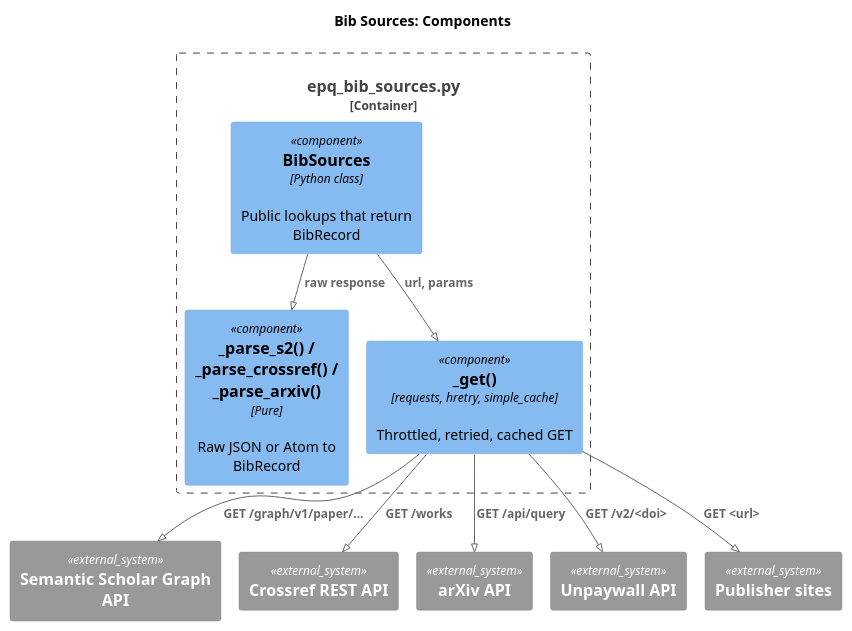
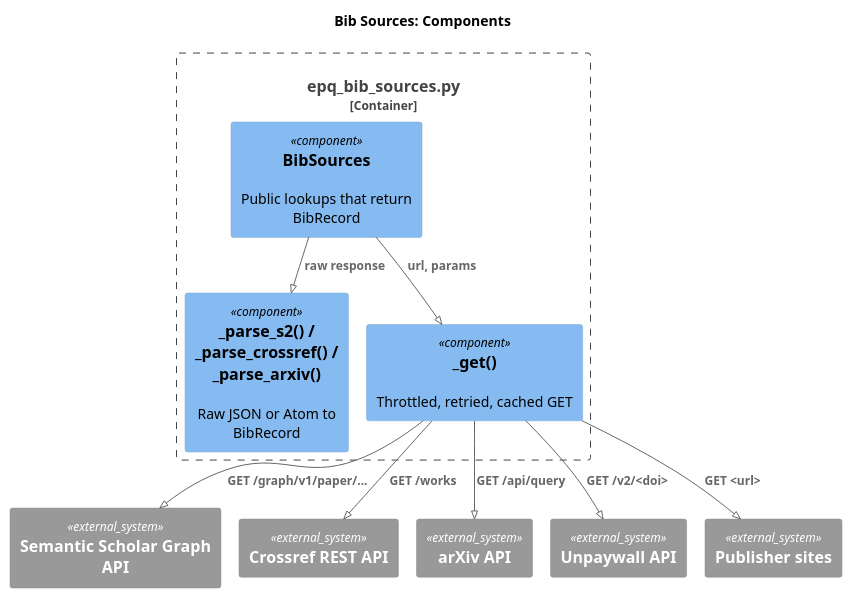
Before and after one commit to gpsaggese/gpsaggese.github.io: the diagram in research/Estimate_academic_paper_quality/docs/02.3-design.bib_sources.md, drawn with PlantUML. The commit also changed other lines of this file and 8 other files, not shown here.

````diff
--- a/research/Estimate_academic_paper_quality/docs/02.3-design.bib_sources.md
+++ b/research/Estimate_academic_paper_quality/docs/02.3-design.bib_sources.md
@@ -22,23 +22,23 @@
 ```plantuml
 !pragma layout smetana
 !include <C4/C4_Component>
 LAYOUT_TOP_DOWN()
 title Bib Sources: Components
 Container_Boundary(b, "epq_bib_sources.py") {
-  Component(api, "BibSources", "Python class", "Public lookups that return BibRecord")
-  Component(parse, "_parse_s2() / _parse_crossref() / _parse_arxiv()", "Pure", "Raw JSON or Atom to BibRecord")
-  Component(get, "_get()", "requests, hretry, simple_cache", "Throttled, retried, cached GET")
+  Component(api, "BibSources", "", "Public lookups that return BibRecord")
+  Component(parse, "_parse_s2() / _parse_crossref() / _parse_arxiv()", "", "Raw JSON or Atom to BibRecord")
+  Component(get, "_get()", "", "Throttled, retried, cached GET")
 }
 System_Ext(s2, "Semantic Scholar Graph API", "")
 System_Ext(cr, "Crossref REST API", "")
 System_Ext(ax, "arXiv API", "")
 System_Ext(uw, "Unpaywall API", "")
 System_Ext(web, "Publisher sites", "")
 Rel(api, get, "url, params")
 Rel(api, parse, "raw response")
 Rel(get, s2, "GET /graph/v1/paper/...")
 Rel(get, cr, "GET /works")
 Rel(get, ax, "GET /api/query")
 Rel(get, uw, "GET /v2/<doi>")
 Rel(get, web, "GET <url>")
 ```
````
